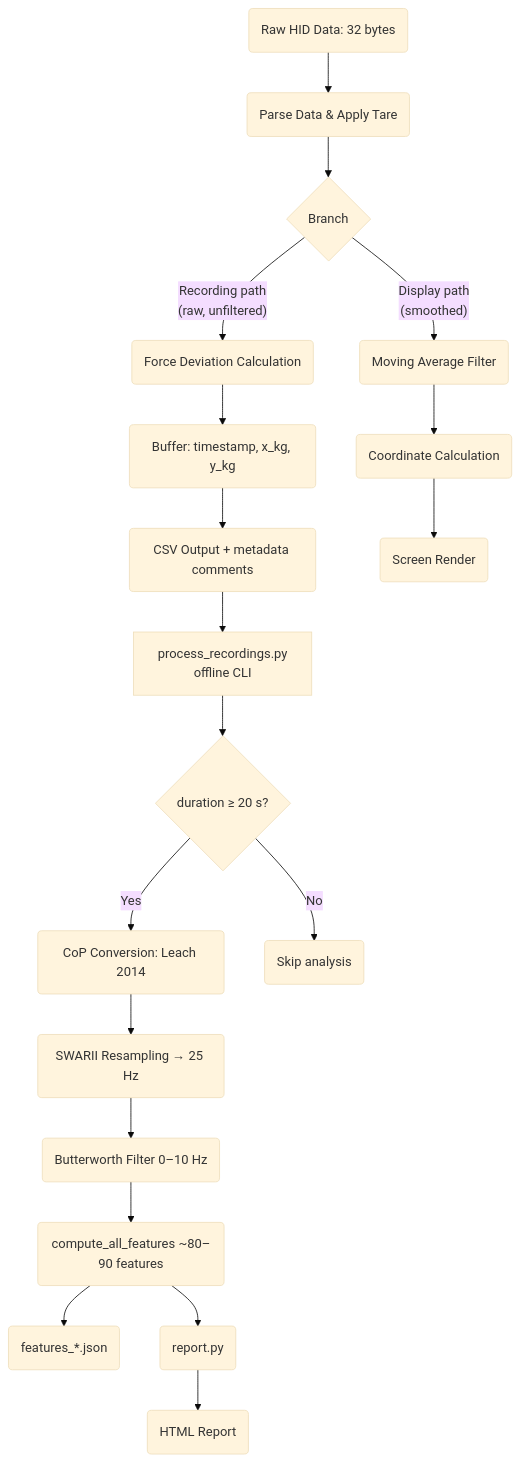
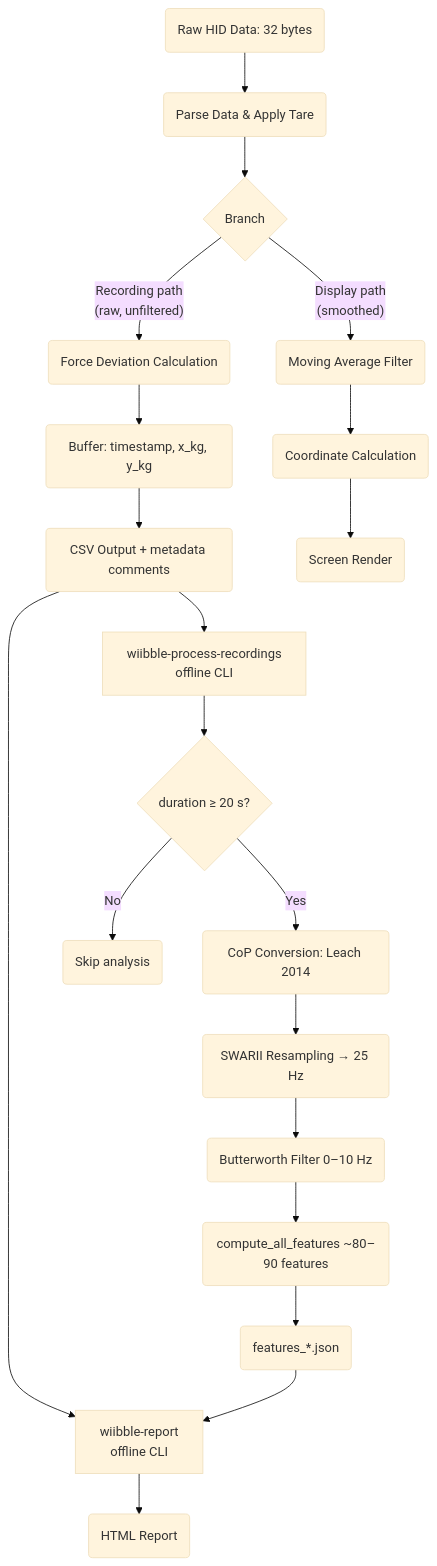
The diagram in docs/dev/DATA_PIPELINE.md (NeuroRehack/WIIBBLE), drawn with Mermaid (base theme) before and after one commit. The commit also changed other lines of this file and 8 other files, not shown here.

First line of the commit message:
feat(cli): use settings recordings path and add report batch mode

````diff
--- a/docs/dev/DATA_PIPELINE.md
+++ b/docs/dev/DATA_PIPELINE.md
@@ -12,21 +12,22 @@
 ```mermaid
 flowchart TD
     A(Raw HID Data: 32 bytes) --> B(Parse Data & Apply Tare)
     B --> C{Branch}
     C -- "Recording path<br>(raw, unfiltered)" --> D(Force Deviation Calculation)
     D --> E(Buffer: timestamp, x_kg, y_kg)
     E --> F(CSV Output + metadata comments)
-    F --> G[process_recordings.py\noffline CLI]
+    F --> G[wiibble-process-recordings\noffline CLI]
     G --> H{duration ≥ 20 s?}
     H -- Yes --> I(CoP Conversion: Leach 2014)
     I --> J(SWARII Resampling → 25 Hz)
     J --> K(Butterworth Filter 0–10 Hz)
     K --> L(compute_all_features ~80–90 features)
     L --> M(features_*.json)
-    L --> R(report.py)
+    F --> R[wiibble-report\noffline CLI]
+    M --> R
     R --> S(HTML Report)
     H -- No --> N(Skip analysis)
     C -- "Display path<br>(smoothed)" --> O(Moving Average Filter)
     O --> P(Coordinate Calculation)
     P --> Q(Screen Render)
 ```
````
